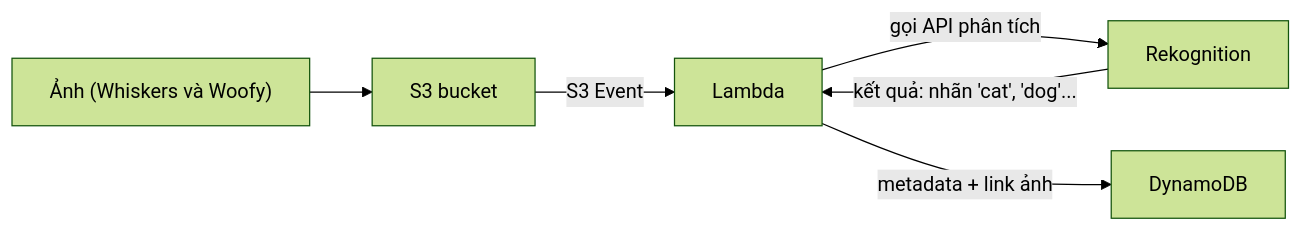
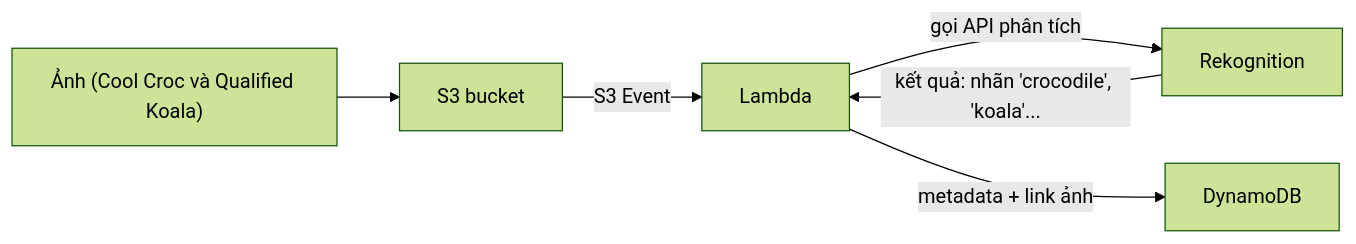
Before and after one commit to hairbui76/aws-saa-c03: the first of 2 diagrams in data/21 Machine Learning/Rekognition.md, drawn with Mermaid (forest theme). The commit also changed other lines of this file and 26 other files, not shown here.

````diff
--- a/data/21 Machine Learning/Rekognition.md
+++ b/data/21 Machine Learning/Rekognition.md
@@ -32,8 +36,8 @@
 ```mermaid
 flowchart LR
-  U["Ảnh (Whiskers và Woofy)"] --> S3["S3 bucket"]
+  U["Ảnh (Cool Croc và Qualified Koala)"] --> S3["S3 bucket"]
   S3 -- "S3 Event" --> L["Lambda"]
   L -- "gọi API phân tích" --> R["Rekognition"]
-  R -- "kết quả: nhãn 'cat', 'dog'..." --> L
+  R -- "kết quả: nhãn 'crocodile', 'koala'..." --> L
   L -- "metadata + link ảnh" --> D["DynamoDB"]
 ```
````
